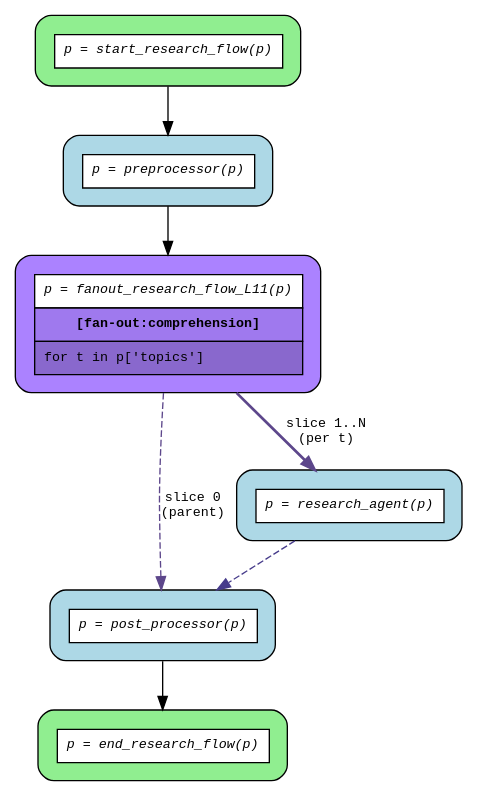
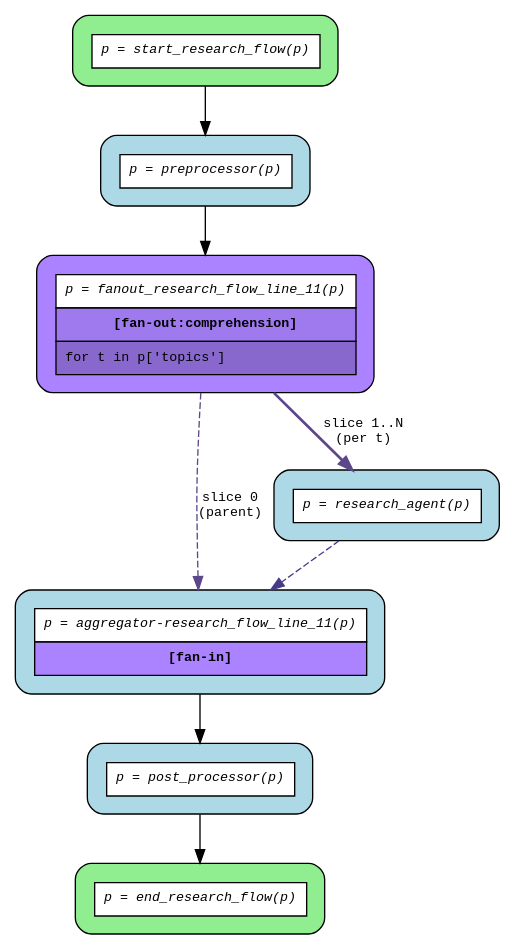
Before and after one commit to deliveryhero/asya: the diagram in examples/flows/compiled/fanout_comprehension/flow.dot, drawn with Graphviz. The commit also changed 22 other files, not shown here.

```diff
--- a/examples/flows/compiled/fanout_comprehension/flow.dot
+++ b/examples/flows/compiled/fanout_comprehension/flow.dot
@@ -1,20 +1,22 @@
 digraph flow {
   rankdir=TB;
   graph [fontname="Courier", fontsize=10];
   node [fontname="Courier", fontsize=10, shape=box, style="filled,rounded", margin="0.2"];
   edge [fontname="Courier", fontsize=10];
 
   start_research_flow [fillcolor="lightgreen", label=<<table border="0" cellspacing="0" cellpadding="6" cellborder="1"><tr><td bgcolor="white" align="center"><i>p = start_research_flow(p)</i></td></tr></table>>];
-  fanout_research_flow_L11 [fillcolor="mediumpurple1", label=<<table border="0" cellspacing="0" cellpadding="6" cellborder="1"><tr><td bgcolor="white" align="center"><i>p = fanout_research_flow_L11(p)</i></td></tr><tr><td bgcolor="mediumpurple2" align="center"><b>[fan-out:comprehension]</b></td></tr><tr><td bgcolor="mediumpurple3" align="left">for t in p['topics']</td></tr></table>>];
+  fanout_research_flow_line_11 [fillcolor="mediumpurple1", label=<<table border="0" cellspacing="0" cellpadding="6" cellborder="1"><tr><td bgcolor="white" align="center"><i>p = fanout_research_flow_line_11(p)</i></td></tr><tr><td bgcolor="mediumpurple2" align="center"><b>[fan-out:comprehension]</b></td></tr><tr><td bgcolor="mediumpurple3" align="left">for t in p['topics']</td></tr></table>>];
   end_research_flow [fillcolor="lightgreen", label=<<table border="0" cellspacing="0" cellpadding="6" cellborder="1"><tr><td bgcolor="white" align="center"><i>p = end_research_flow(p)</i></td></tr></table>>];
+  aggregator_research_flow_line_11 [fillcolor="lightblue", label=<<table border="0" cellspacing="0" cellpadding="6" cellborder="1"><tr><td bgcolor="white" align="center"><i>p = aggregator-research_flow_line_11(p)</i></td></tr><tr><td bgcolor="mediumpurple1" align="center"><b>[fan-in]</b></td></tr></table>>];
   post_processor [fillcolor="lightblue", label=<<table border="0" cellspacing="0" cellpadding="6" cellborder="1"><tr><td bgcolor="white" align="center"><i>p = post_processor(p)</i></td></tr></table>>];
   preprocessor [fillcolor="lightblue", label=<<table border="0" cellspacing="0" cellpadding="6" cellborder="1"><tr><td bgcolor="white" align="center"><i>p = preprocessor(p)</i></td></tr></table>>];
   research_agent [fillcolor="lightblue", label=<<table border="0" cellspacing="0" cellpadding="6" cellborder="1"><tr><td bgcolor="white" align="center"><i>p = research_agent(p)</i></td></tr></table>>];
 
-  fanout_research_flow_L11 -> post_processor [color=mediumpurple4, label="slice 0\n(parent)", style=dashed];
-  fanout_research_flow_L11 -> research_agent [color=mediumpurple4, label="slice 1..N\n(per t)", style=bold];
+  aggregator_research_flow_line_11 -> post_processor;
+  fanout_research_flow_line_11 -> aggregator_research_flow_line_11 [color=mediumpurple4, label="slice 0\n(parent)", style=dashed];
+  fanout_research_flow_line_11 -> research_agent [color=mediumpurple4, label="slice 1..N\n(per t)", style=bold];
   post_processor -> end_research_flow;
-  preprocessor -> fanout_research_flow_L11;
-  research_agent -> post_processor [color=slateblue4, style=dashed];
+  preprocessor -> fanout_research_flow_line_11;
+  research_agent -> aggregator_research_flow_line_11 [color=slateblue4, style=dashed];
   start_research_flow -> preprocessor;
 }
```
